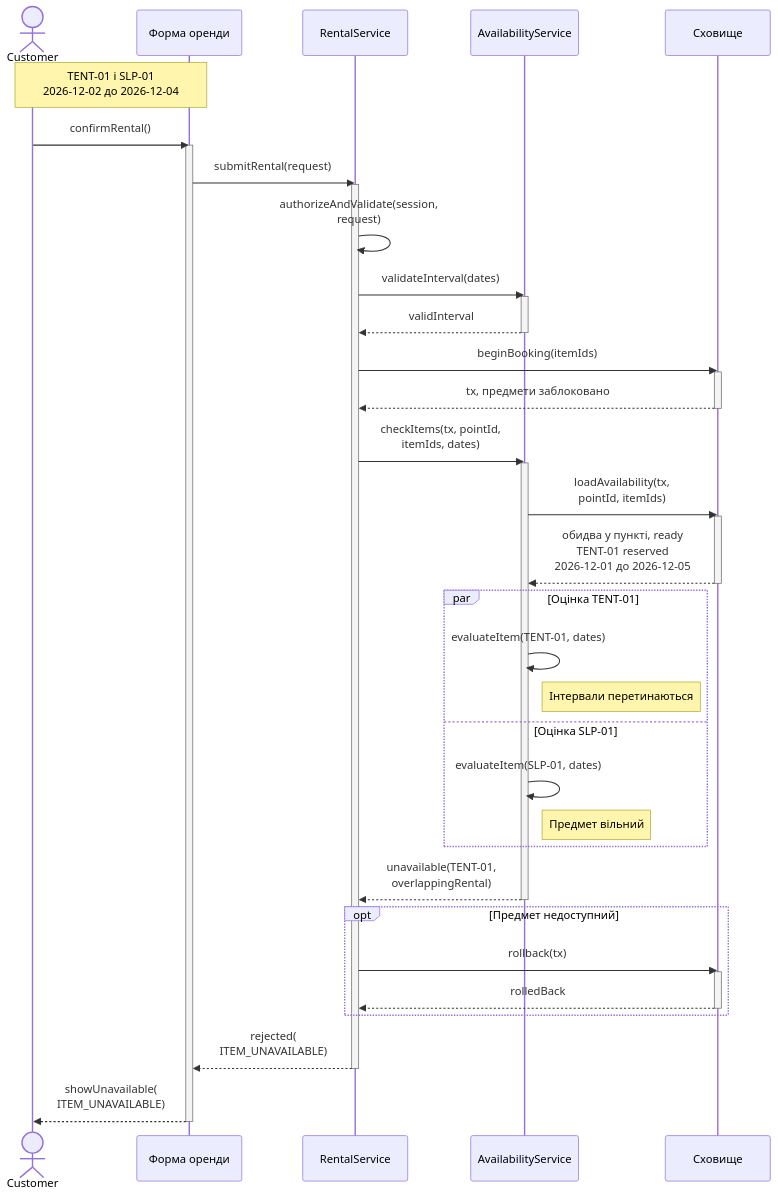
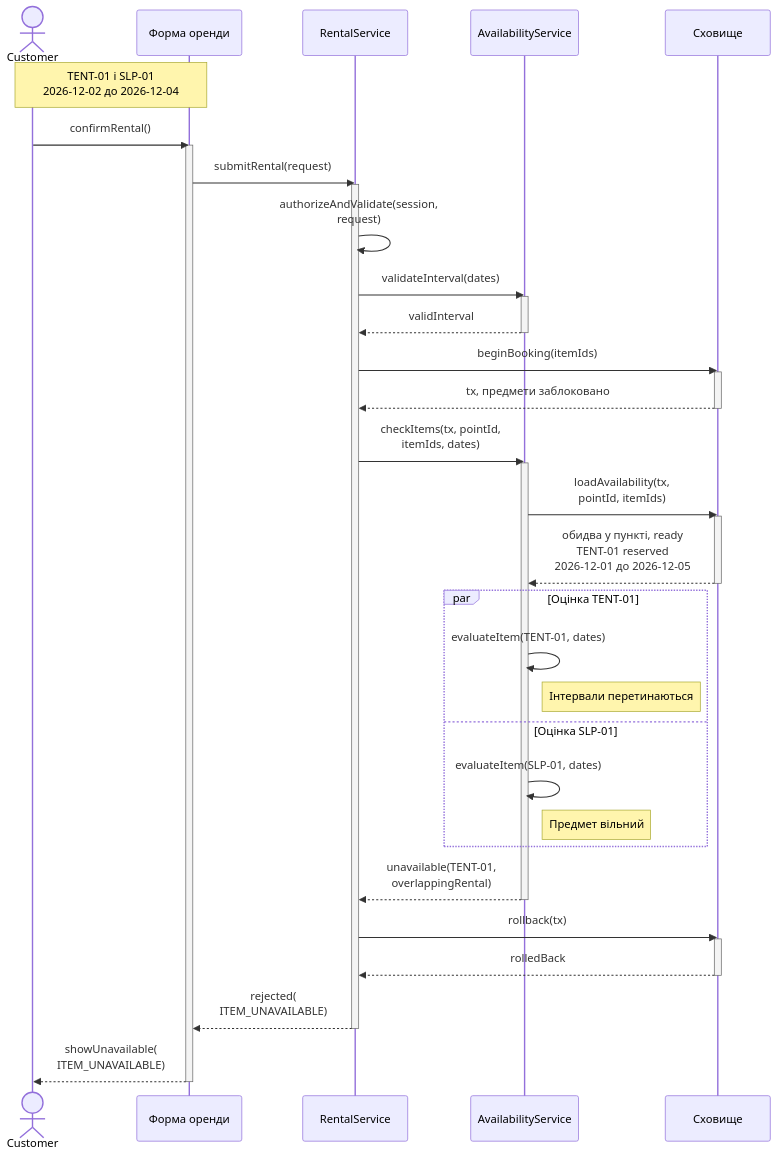
The sixth of 6 diagrams in Labs/lab-3/model.md (kirgafan/KPI_labs), drawn with Mermaid before and after one commit. The commit also changed other lines of this file and 3 other files, not shown here.

````diff
--- a/Labs/lab-3/model.md
+++ b/Labs/lab-3/model.md
@@ -273,47 +293,45 @@
 ```mermaid
 sequenceDiagram
     actor C as Customer
     participant U as Форма оренди
     participant R as RentalService
     participant A as AvailabilityService
     participant S as Сховище
     Note over C,U: TENT-01 і SLP-01<br/>2026-12-02 до 2026-12-04
     C->>U: confirmRental()
     activate U
     U->>R: submitRental(request)
     activate R
     R->>R: authorizeAndValidate(session,<br/>request)
     R->>A: validateInterval(dates)
     activate A
     A-->>R: validInterval
     deactivate A
     R->>S: beginBooking(itemIds)
     activate S
     S-->>R: tx, предмети заблоковано
     deactivate S
     R->>A: checkItems(tx, pointId,<br/>itemIds, dates)
     activate A
     A->>S: loadAvailability(tx,<br/>pointId, itemIds)
     activate S
     S-->>A: обидва у пункті, ready<br/>TENT-01 reserved<br/>2026-12-01 до 2026-12-05
     deactivate S
     par Оцінка TENT-01
         A->>A: evaluateItem(TENT-01, dates)
         Note right of A: Інтервали перетинаються
     and Оцінка SLP-01
         A->>A: evaluateItem(SLP-01, dates)
         Note right of A: Предмет вільний
     end
     A-->>R: unavailable(TENT-01,<br/>overlappingRental)
     deactivate A
-    opt Предмет недоступний
-        R->>S: rollback(tx)
-        activate S
-        S-->>R: rolledBack
-        deactivate S
-    end
+    R->>S: rollback(tx)
+    activate S
+    S-->>R: rolledBack
+    deactivate S
     R-->>U: rejected(<br/>ITEM_UNAVAILABLE)
     deactivate R
     U-->>C: showUnavailable(<br/>ITEM_UNAVAILABLE)
     deactivate U
 ```
````
